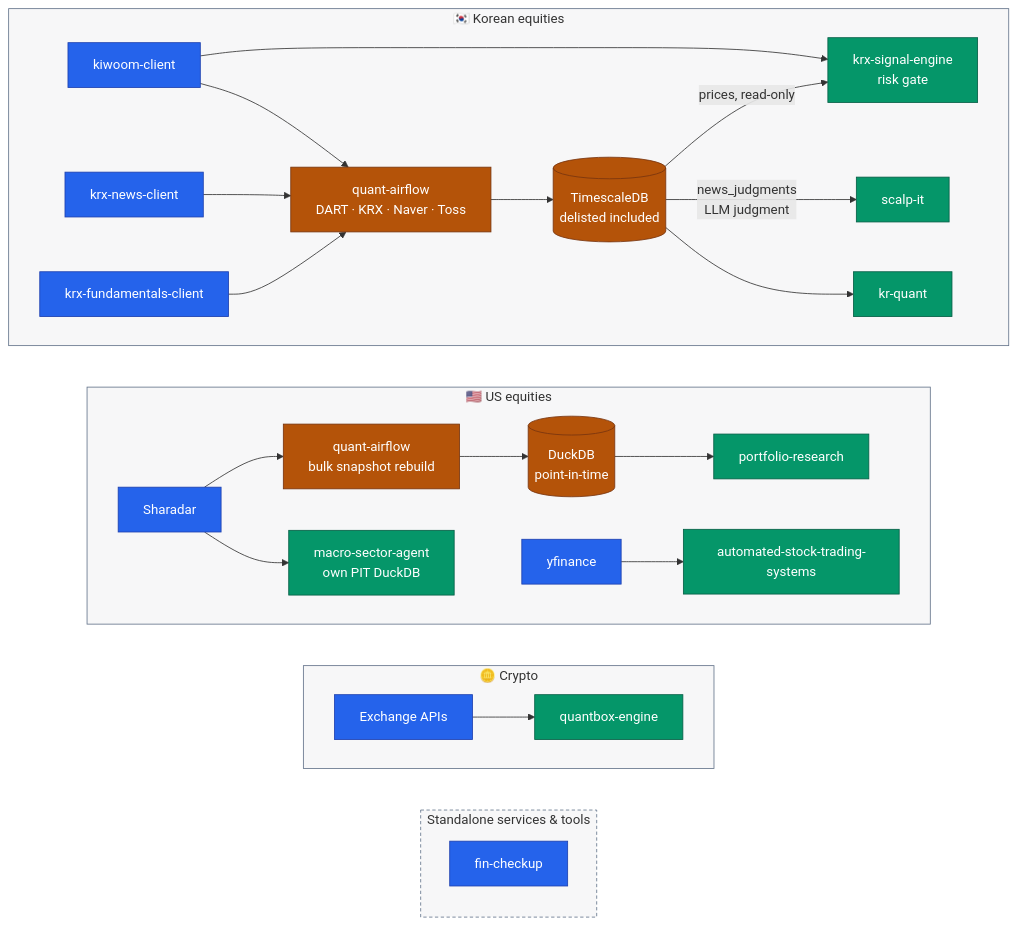
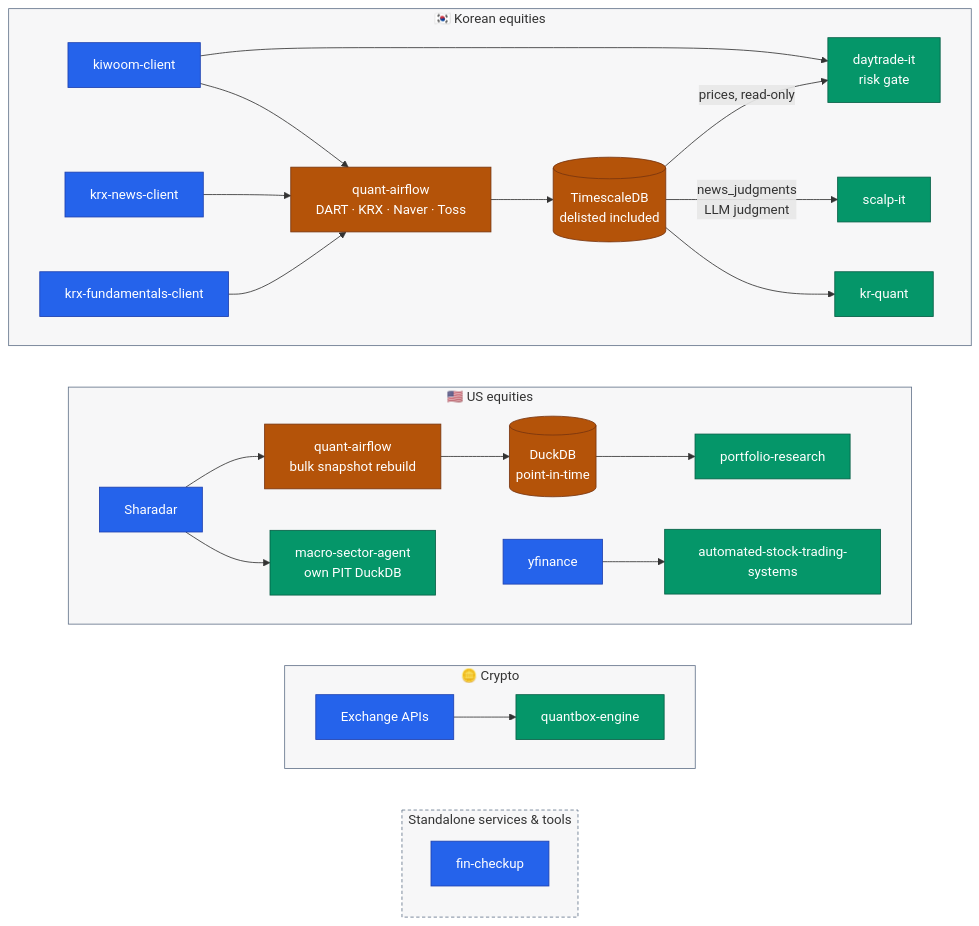
The first of 2 diagrams in README.md (younghwan91/younghwan91), drawn with Mermaid before and after one commit. The commit also changed other lines of this file and 1 other file, not shown here.

First line of the commit message:
docs(readme): krx-signal-engine -> daytrade-it 개명 반영

````diff
--- a/README.md
+++ b/README.md
@@ -21,45 +21,45 @@
 ```mermaid
 flowchart TB
     subgraph KR ["🇰🇷 Korean equities"]
         direction LR
         K["kiwoom-client"] --> AF["quant-airflow<br/>DART · KRX · Naver · Toss"] --> DB[("TimescaleDB<br/>delisted included")] --> Q["kr-quant"]
         NW["krx-news-client"] --> AF
         F["krx-fundamentals-client"] --> AF
         DB -- "news_judgments<br/>LLM judgment" --> SC["scalp-it"]
-        DB -- "prices, read-only" --> KSIG["krx-signal-engine<br/>risk gate"]
+        DB -- "prices, read-only" --> KSIG["daytrade-it<br/>risk gate"]
         K --> KSIG
     end
 
     subgraph US ["🇺🇸 US equities"]
         direction LR
         SH["Sharadar"] --> AFU["quant-airflow<br/>bulk snapshot rebuild"] --> DD[("DuckDB<br/>point-in-time")] --> O["portfolio-research"]
         SH --> MS["macro-sector-agent<br/>own PIT DuckDB"]
         YF["yfinance"] --> AT["automated-stock-trading-systems"]
     end
 
     subgraph CX ["🪙 Crypto"]
         direction LR
         EX["Exchange APIs"] --> CR["quantbox-engine"]
     end
 
     subgraph SVC ["Standalone services & tools"]
         direction TB
         FC["fin-checkup"]
     end
 
     %% 세로 정렬용 — `~~~` 는 그 자체로 보이지 않는 링크다(linkStyle 불필요).
     KR ~~~ US ~~~ CX ~~~ SVC
 
     classDef source fill:#2563EB,stroke:#1E40AF,color:#FFFFFF
     classDef move   fill:#B45309,stroke:#78350F,color:#FFFFFF
     classDef out    fill:#059669,stroke:#065F46,color:#FFFFFF
 
     class K,SH,YF,EX,F,NW,FC source
     class AF,AFU,DB,DD move
     class Q,O,AT,CR,SC,MS,KSIG out
 
     style KR  fill:#0F172A08,stroke:#64748B
     style US  fill:#0F172A08,stroke:#64748B
     style CX  fill:#0F172A08,stroke:#64748B
     style SVC fill:#0F172A08,stroke:#64748B,stroke-dasharray:4 3
 ```
````
